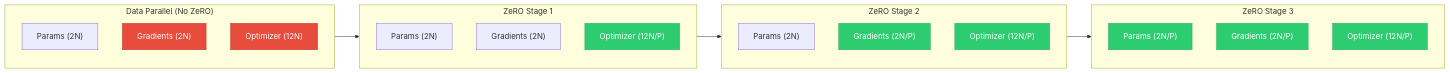
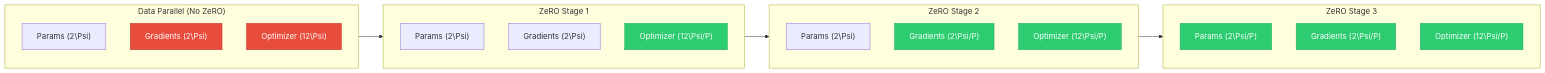
The diagram in docs/memory/20-zero-sharding.md (ttsugriy/distributed-training-book), drawn with Mermaid before and after one commit. The commit also changed other lines of this file and 12 other files, not shown here.

````diff
--- a/docs/memory/20-zero-sharding.md
+++ b/docs/memory/20-zero-sharding.md
@@ -59,41 +59,41 @@
 ```mermaid
 flowchart LR
     subgraph baseline["Data Parallel (No ZeRO)"]
         direction TB
-        B_P["Params (2N)"]
-        B_G["Gradients (2N)"]
-        B_O["Optimizer (12N)"]
+        B_P["Params (2\Psi)"]
+        B_G["Gradients (2\Psi)"]
+        B_O["Optimizer (12\Psi)"]
     end
 
     subgraph zero1["ZeRO Stage 1"]
         direction TB
-        Z1_P["Params (2N)"]
-        Z1_G["Gradients (2N)"]
-        Z1_O["Optimizer (12N/P)"]
+        Z1_P["Params (2\Psi)"]
+        Z1_G["Gradients (2\Psi)"]
+        Z1_O["Optimizer (12\Psi/P)"]
     end
 
     subgraph zero2["ZeRO Stage 2"]
         direction TB
-        Z2_P["Params (2N)"]
-        Z2_G["Gradients (2N/P)"]
-        Z2_O["Optimizer (12N/P)"]
+        Z2_P["Params (2\Psi)"]
+        Z2_G["Gradients (2\Psi/P)"]
+        Z2_O["Optimizer (12\Psi/P)"]
     end
 
     subgraph zero3["ZeRO Stage 3"]
         direction TB
-        Z3_P["Params (2N/P)"]
-        Z3_G["Gradients (2N/P)"]
-        Z3_O["Optimizer (12N/P)"]
+        Z3_P["Params (2\Psi/P)"]
+        Z3_G["Gradients (2\Psi/P)"]
+        Z3_O["Optimizer (12\Psi/P)"]
     end
 
     baseline --> zero1 --> zero2 --> zero3
 
     style B_O fill:#e74c3c,stroke:#c0392b,color:white
     style Z1_O fill:#2ecc71,stroke:#27ae60,color:white
     style B_G fill:#e74c3c,stroke:#c0392b,color:white
     style Z2_O fill:#2ecc71,stroke:#27ae60,color:white
     style Z2_G fill:#2ecc71,stroke:#27ae60,color:white
     style Z3_P fill:#2ecc71,stroke:#27ae60,color:white
     style Z3_G fill:#2ecc71,stroke:#27ae60,color:white
     style Z3_O fill:#2ecc71,stroke:#27ae60,color:white
 ```
````
